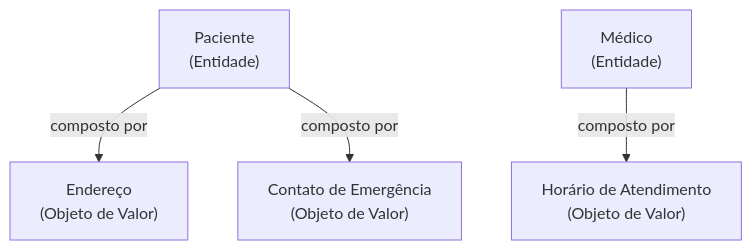
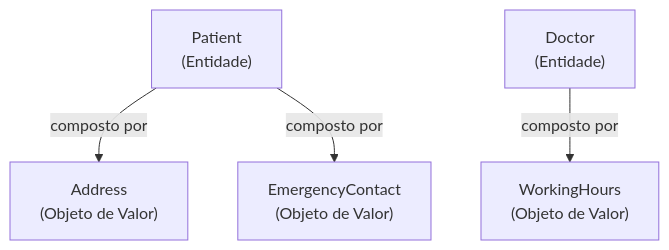
One commit to burn-c/arquitetura-de-software-fase-2 changed the third of 4 diagrams in docs/Estratégia e Inovação/Arquitetura de Software/4 - Entidades e Objetos de Valor/5 - Objeto de Valor.md. Above: the diagram before and after it, drawn with Mermaid. The commit also changed other lines of this file and 6 other files, not shown here.

````diff
--- a/docs/Estratégia e Inovação/Arquitetura de Software/4 - Entidades e Objetos de Valor/5 - Objeto de Valor.md
+++ b/docs/Estratégia e Inovação/Arquitetura de Software/4 - Entidades e Objetos de Valor/5 - Objeto de Valor.md
@@ -85,12 +85,12 @@
 ```mermaid
 flowchart TD
-    P["Paciente<br/>(Entidade)"]
-    M["Médico<br/>(Entidade)"]
-    E["Endereço<br/>(Objeto de Valor)"]
-    CE["Contato de Emergência<br/>(Objeto de Valor)"]
-    HA["Horário de Atendimento<br/>(Objeto de Valor)"]
+    P["Patient<br/>(Entidade)"]
+    M["Doctor<br/>(Entidade)"]
+    E["Address<br/>(Objeto de Valor)"]
+    CE["EmergencyContact<br/>(Objeto de Valor)"]
+    HA["WorkingHours<br/>(Objeto de Valor)"]
 
     P -->|composto por| E
     P -->|composto por| CE
     M -->|composto por| HA
 ```
````
